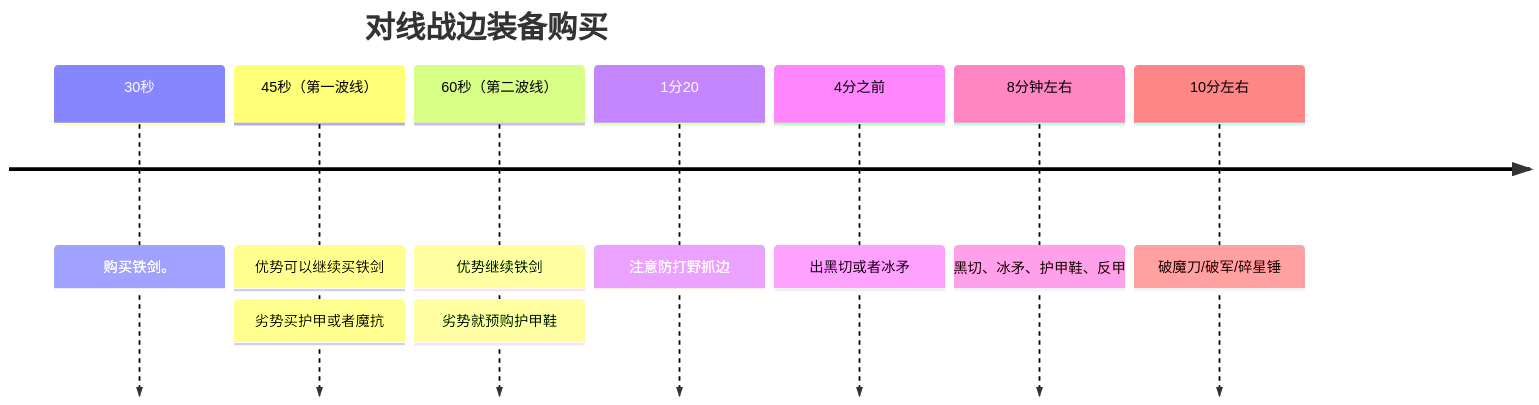
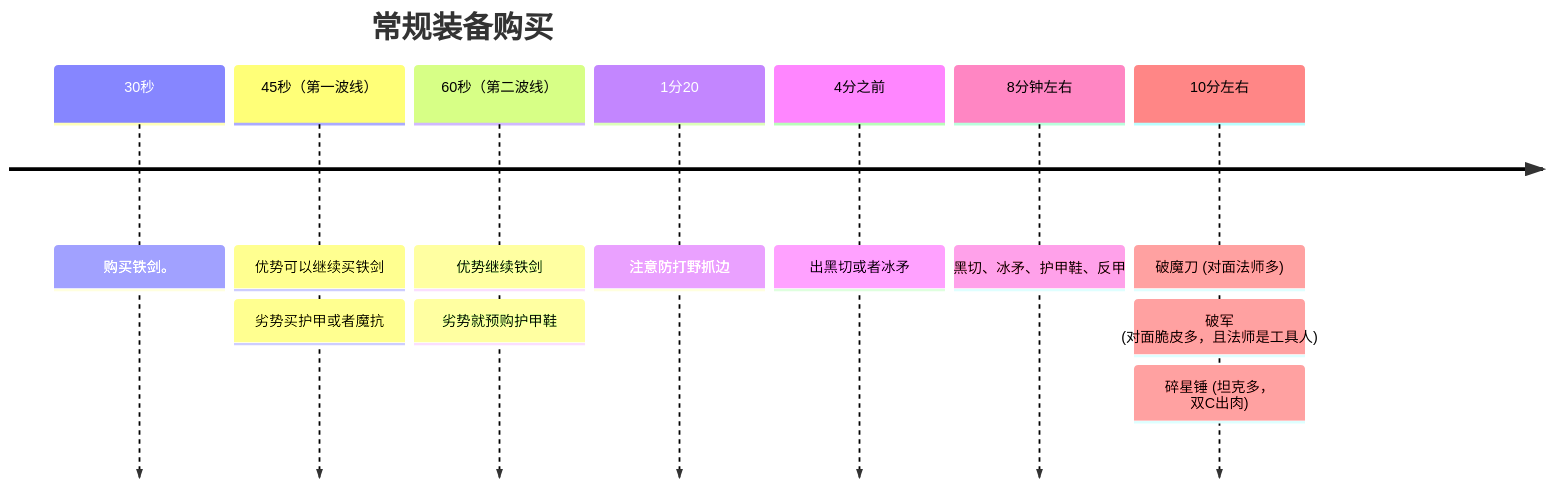
The first of 3 diagrams in docs/creation/blog/2026-05-29.mdx (wenxiuweiye/wens), drawn with Mermaid before and after one commit. The commit also changed other lines of this file, not shown here.

````diff
--- a/docs/creation/blog/2026-05-29.mdx
+++ b/docs/creation/blog/2026-05-29.mdx
@@ -174,13 +264,15 @@
 ```mermaid
 timeline
-  title 对线战边装备购买
+  title 常规装备购买
   30秒: 购买铁剑。
   45秒（第一波线）: 优势可以继续买铁剑
                 : 劣势买护甲或者魔抗
   60秒（第二波线）: 优势继续铁剑
                  : 劣势就预购护甲鞋
   1分20: 注意防打野抓边
   4分之前: 出黑切或者冰矛
   8分钟左右: 黑切、冰矛、护甲鞋、反甲
-  10分左右: 破魔刀/破军/碎星锤
+  10分左右: 破魔刀 (对面法师多)
+         : 破军 (对面脆皮多，且法师是工具人)
+         : 碎星锤 (坦克多， 双C出肉)
 ```
````
